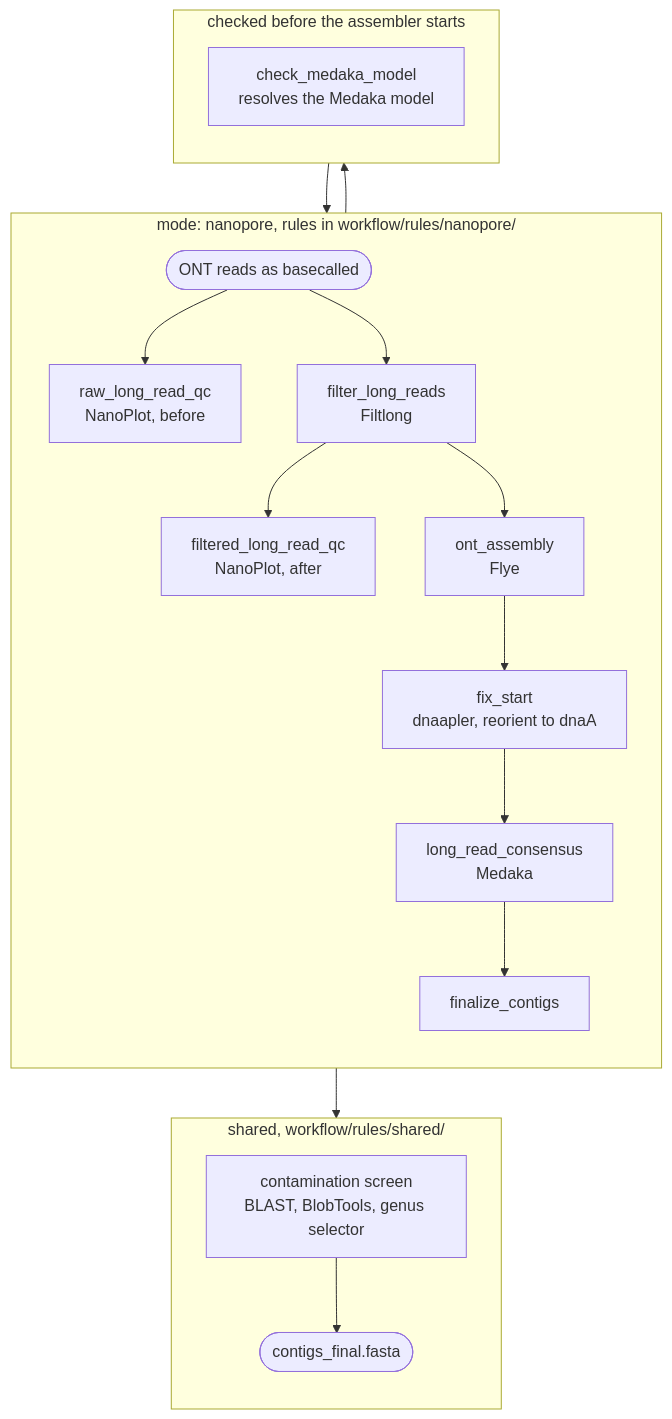
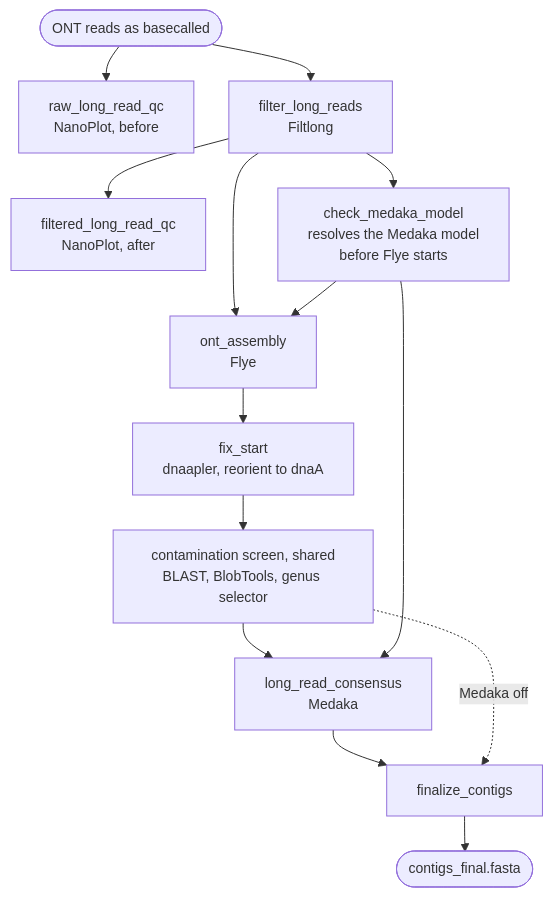
One commit to iLivius/BacFlux changed the diagram in docs/modes/nanopore.md. Above: the diagram before and after it, drawn with Mermaid. The commit also changed other lines of this file and 43 other files, not shown here.

````diff
--- a/docs/modes/nanopore.md
+++ b/docs/modes/nanopore.md
@@ -6,33 +8,31 @@
 ```mermaid
+---
+config:
+  themeVariables:
+    fontSize: 14px
+  flowchart:
+    nodeSpacing: 35
+    rankSpacing: 35
+---
 flowchart TD
-    subgraph FE["mode: nanopore, rules in workflow/rules/nanopore/"]
-        direction TB
-        RAW([ONT reads as basecalled])
-        QC1[raw_long_read_qc<br/>NanoPlot, before]
-        FL[filter_long_reads<br/>Filtlong]
-        QC2[filtered_long_read_qc<br/>NanoPlot, after]
-        ASM[ont_assembly<br/>Flye]
-        FIX[fix_start<br/>dnaapler, reorient to dnaA]
-        POL[long_read_consensus<br/>Medaka]
-        FIN[finalize_contigs]
+    RAW([ONT reads as basecalled])
+    QC1[raw_long_read_qc<br/>NanoPlot, before]
+    FL[filter_long_reads<br/>Filtlong]
+    QC2[filtered_long_read_qc<br/>NanoPlot, after]
+    MK[check_medaka_model<br/>resolves the Medaka model<br/>before Flye starts]
+    ASM[ont_assembly<br/>Flye]
+    FIX[fix_start<br/>dnaapler, reorient to dnaA]
+    SC[contamination screen, shared<br/>BLAST, BlobTools, genus selector]
+    POL[long_read_consensus<br/>Medaka]
+    FIN[finalize_contigs]
+    OUT([contigs_final.fasta])
 
-        RAW --> QC1
-        RAW --> FL --> QC2
-        FL --> ASM --> FIX --> POL --> FIN
-    end
-
-    subgraph MC["checked before the assembler starts"]
-        direction TB
-        MK[check_medaka_model<br/>resolves the Medaka model]
-    end
+    RAW --> QC1
+    RAW --> FL --> QC2
     FL --> MK
+    FL --> ASM
+    MK --> ASM
+    ASM --> FIX --> SC --> POL --> FIN --> OUT
     MK --> POL
-
-    subgraph SH["shared, workflow/rules/shared/"]
-        direction TB
-        SC[contamination screen<br/>BLAST, BlobTools, genus selector]
-        OUT([contigs_final.fasta])
-        SC --> OUT
-    end
-    FIN --> SC
+    SC -.->|Medaka off| FIN
 ```
````
